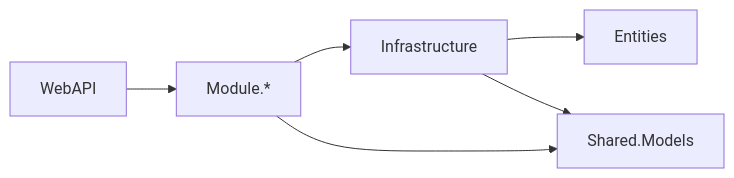
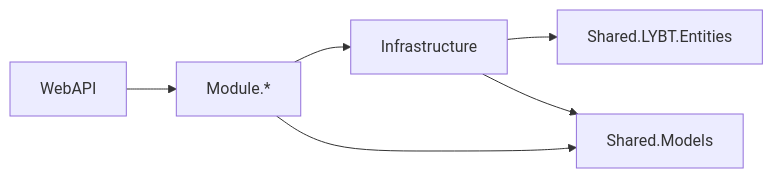
Before and after one commit to shouqitao/LYBTZYZS: the third of 5 diagrams in docs/03-architecture/01-system-overview.md, drawn with Mermaid. The commit also changed other lines of this file and 28 other files, not shown here.

````diff
--- a/docs/03-architecture/01-system-overview.md
+++ b/docs/03-architecture/01-system-overview.md
@@ -162,8 +155,8 @@
 ```mermaid
 graph LR
     WebAPI --> Modules_S["Module.*"]
     Modules_S --> Infrastructure
-    Infrastructure --> Entities
+    Infrastructure --> Entities_S["Shared.LYBT.Entities"]
     Modules_S --> Shared_M["Shared.Models"]
     Infrastructure --> Shared_M
 ```
````
